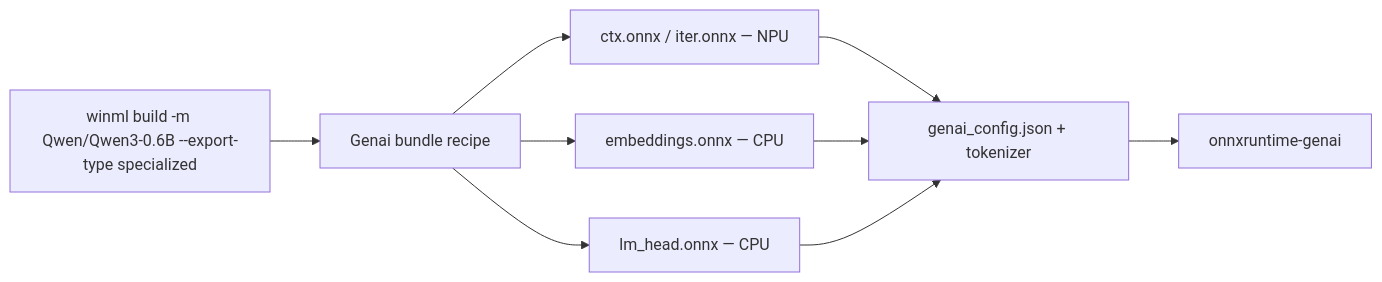
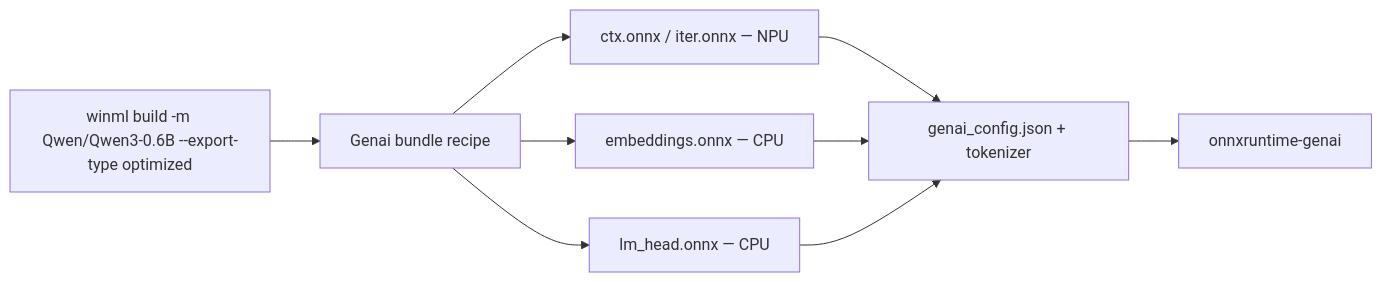
One commit to microsoft/winml-cli changed the diagram in docs/samples/qwen3-genai-bundle.md. Above: the diagram before and after it, drawn with Mermaid. The commit also changed other lines of this file and 4 other files, not shown here.

Commit message:
Rename --export-type value 'specialized' -> 'optimized'

````diff
--- a/docs/samples/qwen3-genai-bundle.md
+++ b/docs/samples/qwen3-genai-bundle.md
@@ -30,11 +30,11 @@
 ```mermaid
 graph LR
-    A["winml build -m Qwen/Qwen3-0.6B --export-type specialized"] --> B[Genai bundle recipe]
+    A["winml build -m Qwen/Qwen3-0.6B --export-type optimized"] --> B[Genai bundle recipe]
     B --> C[ctx.onnx / iter.onnx — NPU]
     B --> D[embeddings.onnx — CPU]
     B --> E[lm_head.onnx — CPU]
     C --> F[genai_config.json + tokenizer]
     D --> F
     E --> F
     F --> G[onnxruntime-genai]
 ```
````
